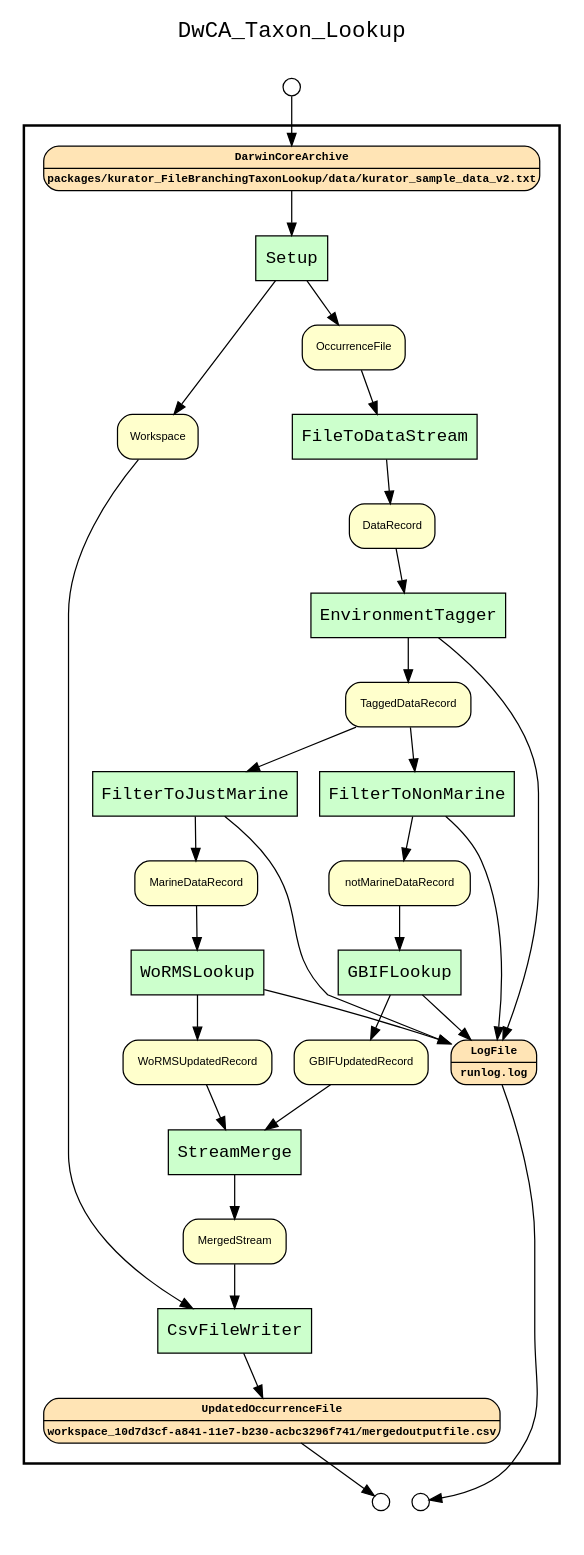
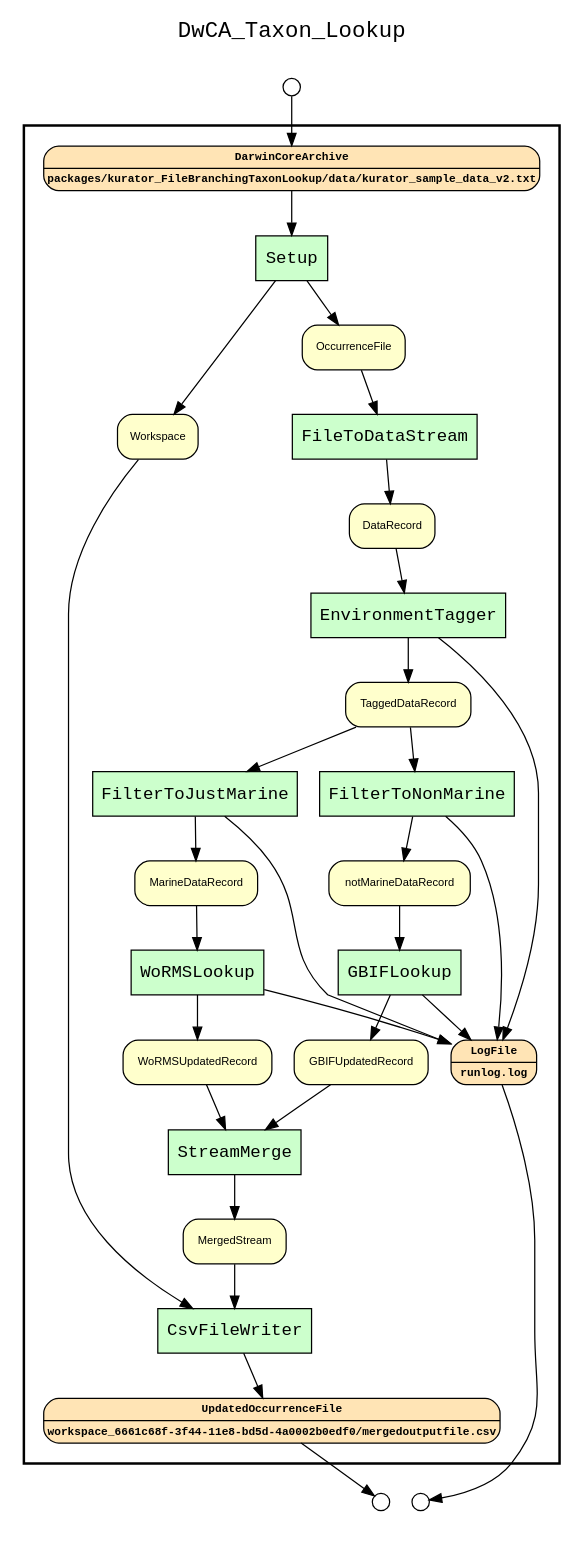
Before and after one commit to kurator-org/kurator-TDWG17-YW: the diagram in kurator_FileBranchingTaxonLookup/workflows/results/wf_recon_complete_graph_all_observables.gv, drawn with Graphviz. The commit also changed 58 other files, not shown here.

```diff
--- a/kurator_FileBranchingTaxonLookup/workflows/results/wf_recon_complete_graph_all_observables.gv
+++ b/kurator_FileBranchingTaxonLookup/workflows/results/wf_recon_complete_graph_all_observables.gv
@@ -1,76 +1,76 @@
 
 digraph yw_data_view {
 rankdir=TB
 fontname=Courier; fontsize=18; labelloc=t
 label="DwCA_Taxon_Lookup"
 subgraph cluster_workflow { label=""; color=black; penwidth=2
 subgraph cluster_workflow_inner { label=""; color=white
 node[shape=box style="filled" fillcolor="#CCFFCC" peripheries=1 fontname=Courier]
 Setup
 FileToDataStream
 EnvironmentTagger
 FilterToJustMarine
 FilterToNonMarine
 WoRMSLookup
 GBIFLookup
 StreamMerge
 CsvFileWriter
 node[shape=box style="filled" fillcolor="#CCFFCC" peripheries=1 fontname=Courier]
 node[shape=box style="rounded,filled" fillcolor="#FFE4B5" peripheries=1 fontname="Courier-Bold" fontsize=9]
 DarwinCoreArchive[shape=record rankdir=LR label="{<f0> DarwinCoreArchive |<f1>packages/kurator_FileBranchingTaxonLookup/data/kurator_sample_data_v2.txt\n}"]
 node[shape=box style="rounded,filled" fillcolor="#FFFFCC" peripheries=1 fontname=Helvetica]
 Workspace
 OccurrenceFile
 DataRecord
 TaggedDataRecord
 MarineDataRecord
 notMarineDataRecord
 WoRMSUpdatedRecord
 GBIFUpdatedRecord
 MergedStream
 node[shape=box style="rounded,filled" fillcolor="#FFE4B5" peripheries=1 fontname="Courier-Bold" fontsize=9]
 LogFile[shape=record rankdir=LR label="{<f0> LogFile |<f1>runlog.log\n}"]
-UpdatedOccurrenceFile[shape=record rankdir=LR label="{<f0> UpdatedOccurrenceFile |<f1>workspace_10d7d3cf-a841-11e7-b230-acbc3296f741/mergedoutputfile.csv\n}"]
+UpdatedOccurrenceFile[shape=record rankdir=LR label="{<f0> UpdatedOccurrenceFile |<f1>workspace_6661c68f-3f44-11e8-bd5d-4a0002b0edf0/mergedoutputfile.csv\n}"]
 node[shape=box style="rounded,filled" fillcolor="#FFFFFF" peripheries=1 fontname=Helvetica]
 }}
 subgraph cluster_inflows { label=""; color=white; penwidth=2
 subgraph cluster_inflows_inner { label=""; color=white
 node[shape=circle fillcolor="#FFFFFF" peripheries=1 width=0.2]
 DarwinCoreArchive_inflow [label=""]
 }}
 subgraph cluster_outflows { label=""; color=white; penwidth=2
 subgraph cluster_outflows_inner { label=""; color=white
 node[shape=circle fillcolor="#FFFFFF" peripheries=1 width=0.2]
 LogFile_outflow [label=""]
 UpdatedOccurrenceFile_outflow [label=""]
 }}
 DarwinCoreArchive -> Setup
 Workspace -> CsvFileWriter
 OccurrenceFile -> FileToDataStream
 DataRecord -> EnvironmentTagger
 TaggedDataRecord -> FilterToJustMarine
 TaggedDataRecord -> FilterToNonMarine
 MarineDataRecord -> WoRMSLookup
 notMarineDataRecord -> GBIFLookup
 WoRMSUpdatedRecord -> StreamMerge
 GBIFUpdatedRecord -> StreamMerge
 MergedStream -> CsvFileWriter
 Setup -> Workspace
 Setup -> OccurrenceFile
 FileToDataStream -> DataRecord
 EnvironmentTagger -> LogFile
 EnvironmentTagger -> TaggedDataRecord
 FilterToJustMarine -> LogFile
 FilterToJustMarine -> MarineDataRecord
 FilterToNonMarine -> LogFile
 FilterToNonMarine -> notMarineDataRecord
 WoRMSLookup -> LogFile
 WoRMSLookup -> WoRMSUpdatedRecord
 GBIFLookup -> LogFile
 GBIFLookup -> GBIFUpdatedRecord
 StreamMerge -> MergedStream
 CsvFileWriter -> UpdatedOccurrenceFile
 DarwinCoreArchive_inflow -> DarwinCoreArchive
 LogFile -> LogFile_outflow
 UpdatedOccurrenceFile -> UpdatedOccurrenceFile_outflow
 }
```
